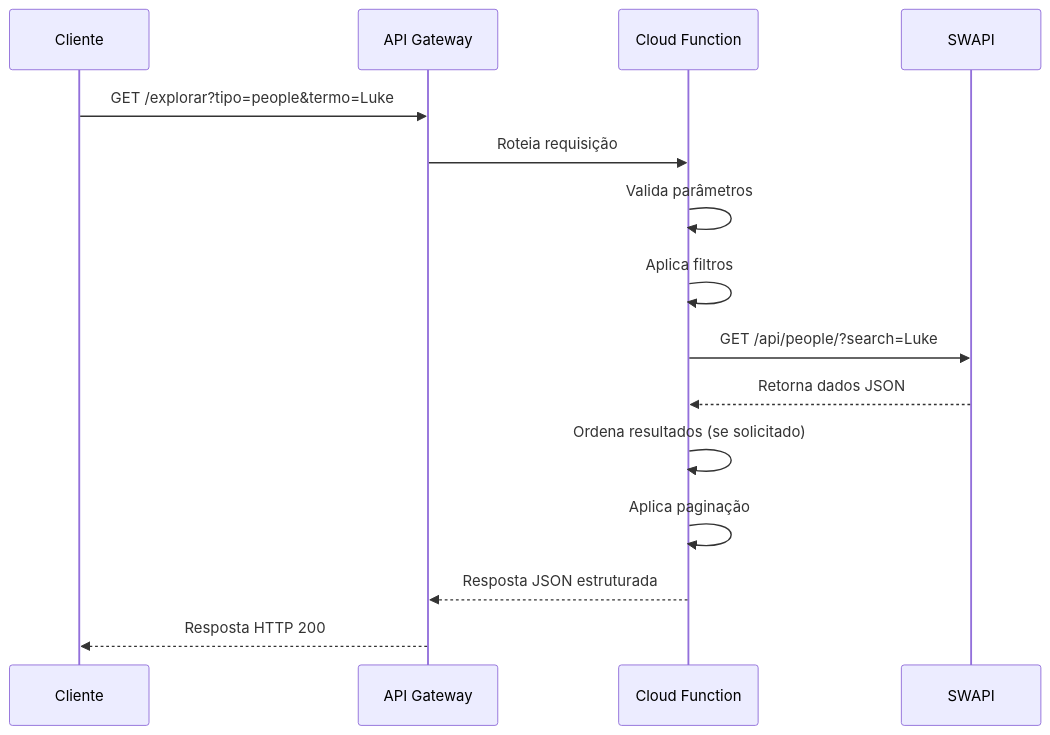
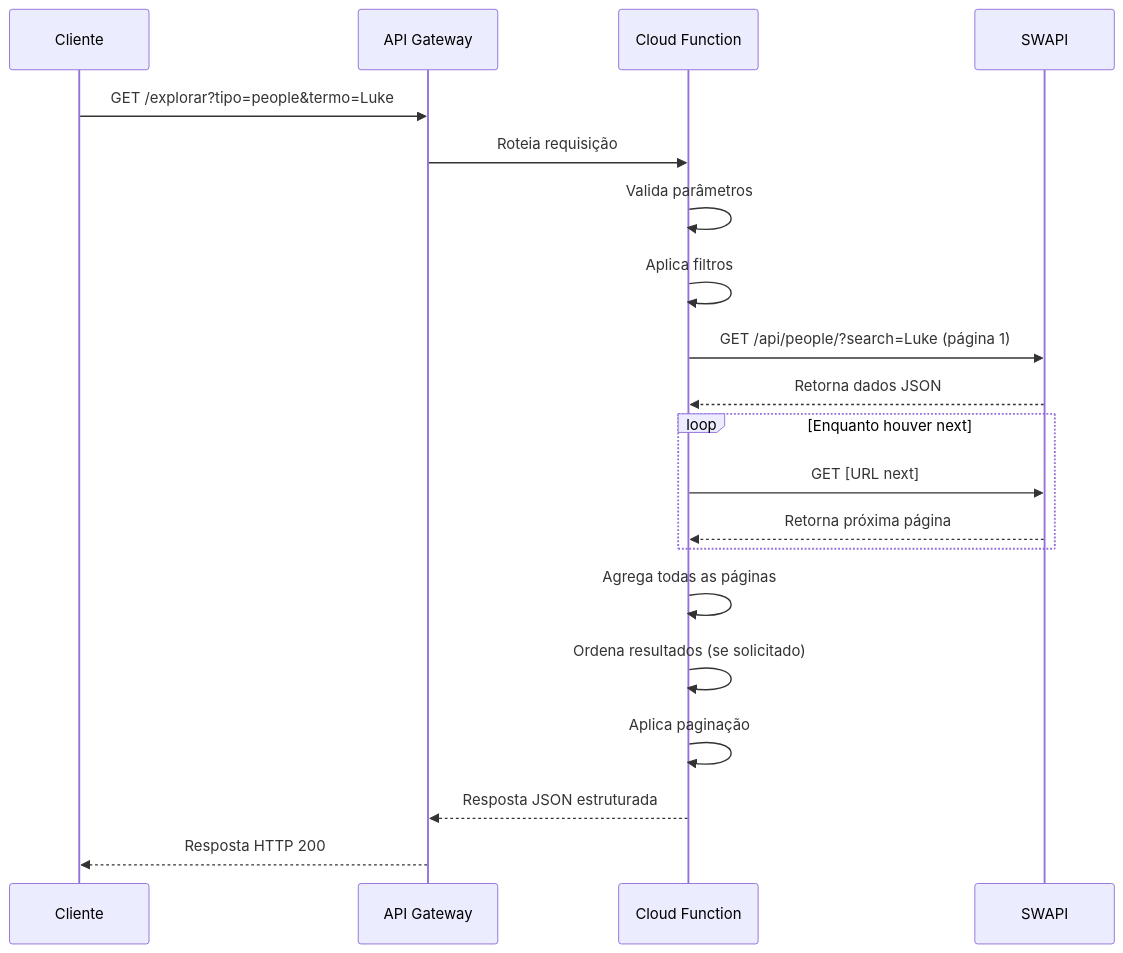
The second of 3 diagrams in ARCHITECTURE.md (Augustuuuuu/star-wars-api), drawn with Mermaid before and after one commit. The commit also changed other lines of this file, not shown here.

````diff
--- a/ARCHITECTURE.md
+++ b/ARCHITECTURE.md
@@ -48,18 +48,23 @@
 ```mermaid
 sequenceDiagram
     participant C as Cliente
     participant G as API Gateway
     participant CF as Cloud Function
     participant S as SWAPI
     
     C->>G: GET /explorar?tipo=people&termo=Luke
     G->>CF: Roteia requisição
     CF->>CF: Valida parâmetros
     CF->>CF: Aplica filtros
-    CF->>S: GET /api/people/?search=Luke
+    CF->>S: GET /api/people/?search=Luke (página 1)
     S-->>CF: Retorna dados JSON
+    loop Enquanto houver next
+        CF->>S: GET [URL next]
+        S-->>CF: Retorna próxima página
+    end
+    CF->>CF: Agrega todas as páginas
     CF->>CF: Ordena resultados (se solicitado)
     CF->>CF: Aplica paginação
     CF-->>G: Resposta JSON estruturada
     G-->>C: Resposta HTTP 200
 ```
````
